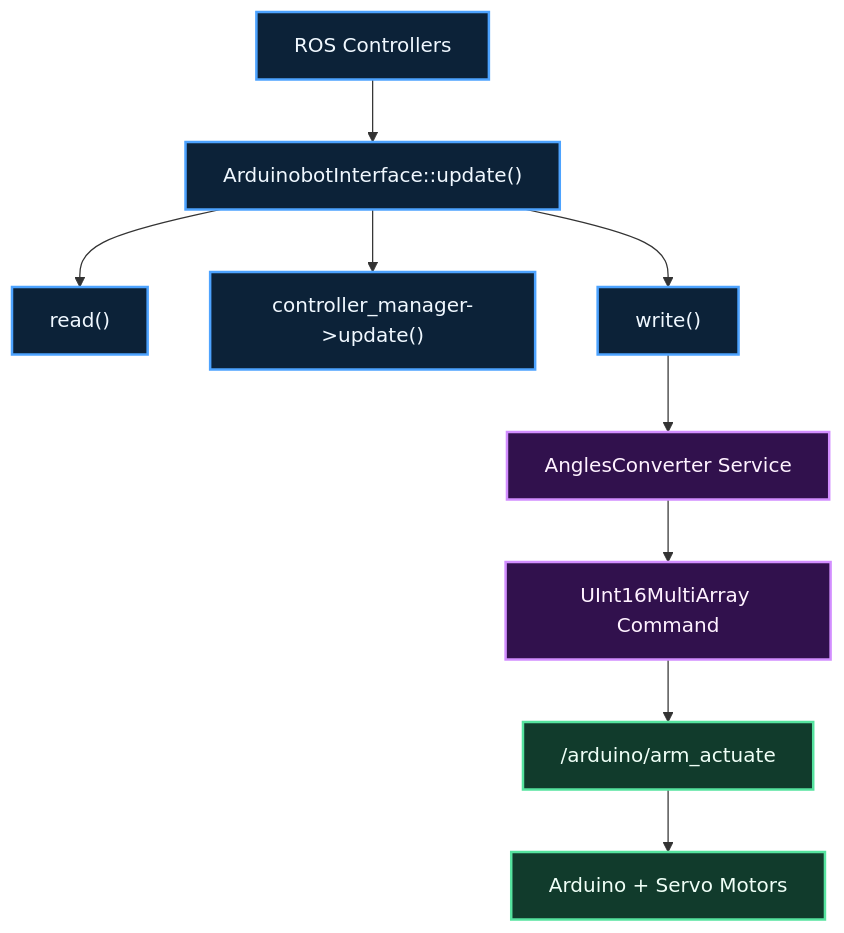
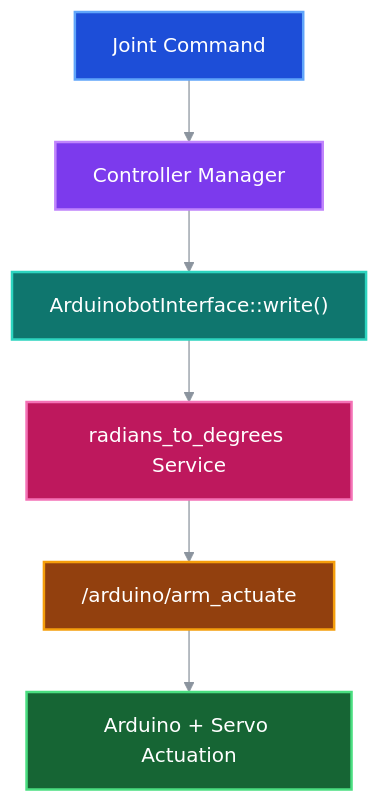
Before and after one commit to bk201-dev/frame2motion: the second of 2 diagrams in README.md, drawn with Mermaid. The commit also changed other lines of this file, not shown here.

````diff
--- a/README.md
+++ b/README.md
@@ -259,19 +606,30 @@
 ```mermaid
+%%{init: {'theme':'base', 'themeVariables': {
+  'background':'#0d1117',
+  'primaryTextColor':'#ffffff',
+  'lineColor':'#8b949e'
+}}}%%
 flowchart TD
-    A["ROS Controllers"] --> B["ArduinobotInterface::update()"]
-    B --> C["read()"]
-    B --> D["controller_manager->update()"]
-    B --> E["write()"]
-    E --> F["AnglesConverter Service"]
-    F --> G["UInt16MultiArray Command"]
-    G --> H["/arduino/arm_actuate"]
-    H --> I["Arduino + Servo Motors"]
+    A[" Joint Command"]
+    B[" Controller Manager"]
+    C[" ArduinobotInterface::write()"]
+    D[" radians_to_degrees Service"]
+    E[" /arduino/arm_actuate"]
+    F[" Arduino + Servo Actuation"]
 
-    classDef a fill:#0C2238,stroke:#4DA3FF,color:#F0F8FF,stroke-width:2px;
-    classDef b fill:#31114D,stroke:#D28EFF,color:#FFF2FF,stroke-width:2px;
-    classDef c fill:#113B2C,stroke:#56E39F,color:#EFFFF7,stroke-width:2px;
+    A --> B --> C --> D --> E --> F
 
-    class A,B,C,D,E a;
-    class F,G b;
-    class H,I c;
+    classDef cmd fill:#1d4ed8,stroke:#60a5fa,color:#fff,stroke-width:2px;
+    classDef mgr fill:#7c3aed,stroke:#c084fc,color:#fff,stroke-width:2px;
+    classDef iface fill:#0f766e,stroke:#2dd4bf,color:#fff,stroke-width:2px;
+    classDef srv fill:#be185d,stroke:#f472b6,color:#fff,stroke-width:2px;
+    classDef topic fill:#92400e,stroke:#f59e0b,color:#fff,stroke-width:2px;
+    classDef hw fill:#166534,stroke:#4ade80,color:#fff,stroke-width:2px;
+
+    class A cmd;
+    class B mgr;
+    class C iface;
+    class D srv;
+    class E topic;
+    class F hw;
 ```
````
